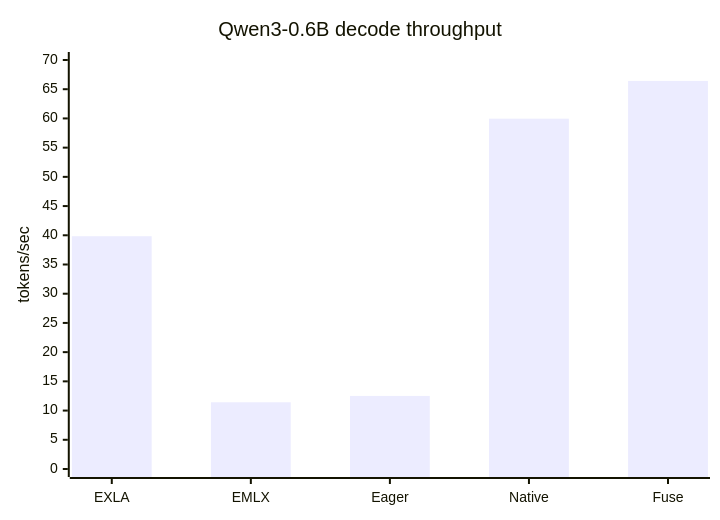
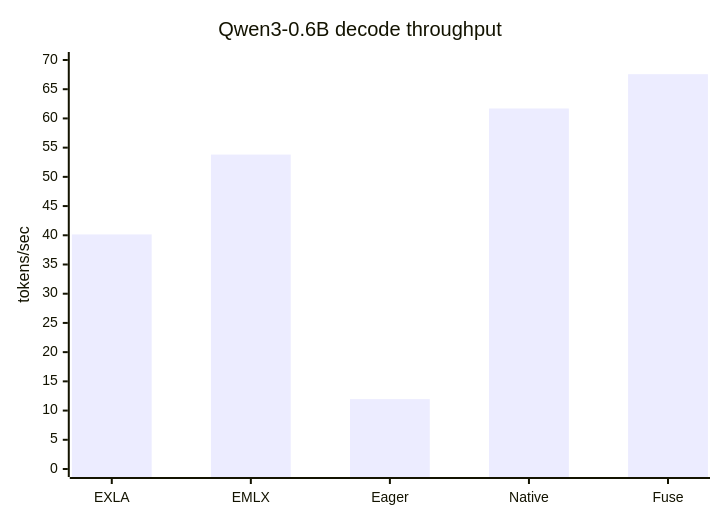
One commit to ausimian/emily changed the first of 4 diagrams in bench/emily_vs_exla_report.md. Above: the diagram before and after it, drawn with Mermaid. The commit also changed other lines of this file and 5 other files, not shown here.

````diff
--- a/bench/emily_vs_exla_report.md
+++ b/bench/emily_vs_exla_report.md
@@ -69,7 +86,7 @@
 ```mermaid
 xychart-beta
   title "Qwen3-0.6B decode throughput"
   x-axis ["EXLA", "EMLX", "Eager", "Native", "Fuse"]
   y-axis "tokens/sec" 0 --> 70
-  bar [39.84, 11.42, 12.51, 59.96, 66.42]
+  bar [40.15, 53.81, 11.96, 61.70, 67.57]
 ```
````
